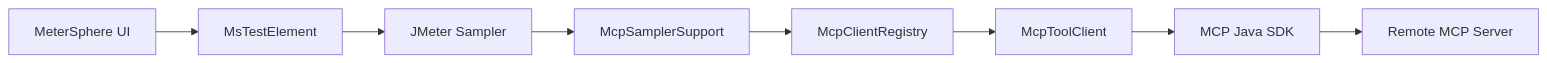
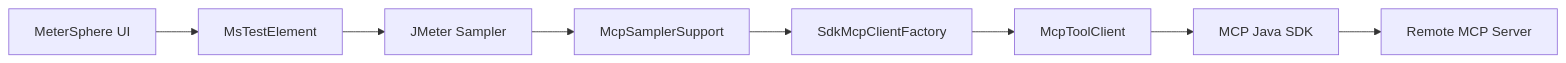
One commit to brentliu88/metersphere-plugin-mcp changed the diagram in Detail_Design.md. Above: the diagram before and after it, drawn with Mermaid. The commit also changed other lines of this file and 27 other files, not shown here.

````diff
--- a/Detail_Design.md
+++ b/Detail_Design.md
@@ -9,10 +14,10 @@
 ```mermaid
 flowchart LR
     A[MeterSphere UI] --> B[MsTestElement]
     B --> C[JMeter Sampler]
     C --> D[McpSamplerSupport]
-    D --> E[McpClientRegistry]
+    D --> E[SdkMcpClientFactory]
     E --> F[McpToolClient]
     F --> G[MCP Java SDK]
     G --> H[Remote MCP Server]
 ```
````
